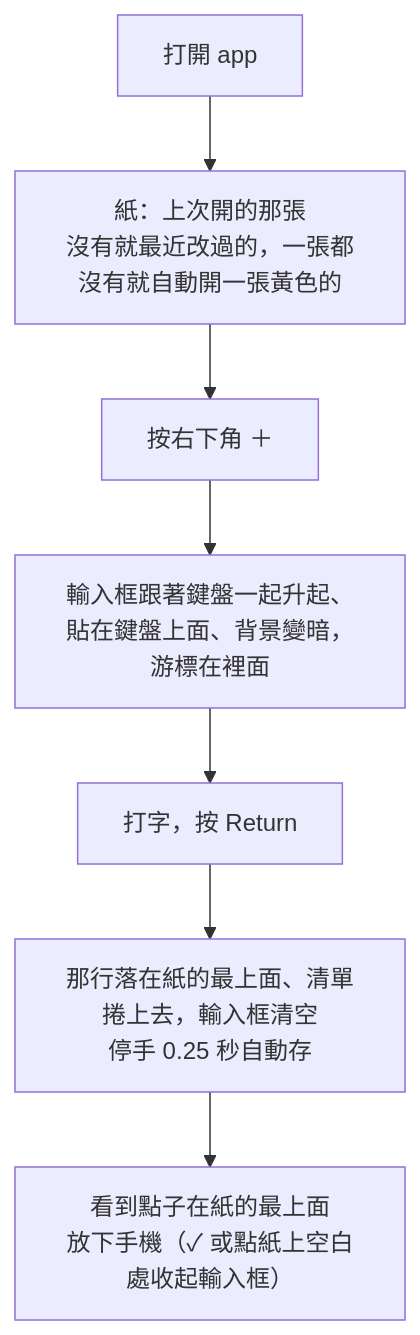
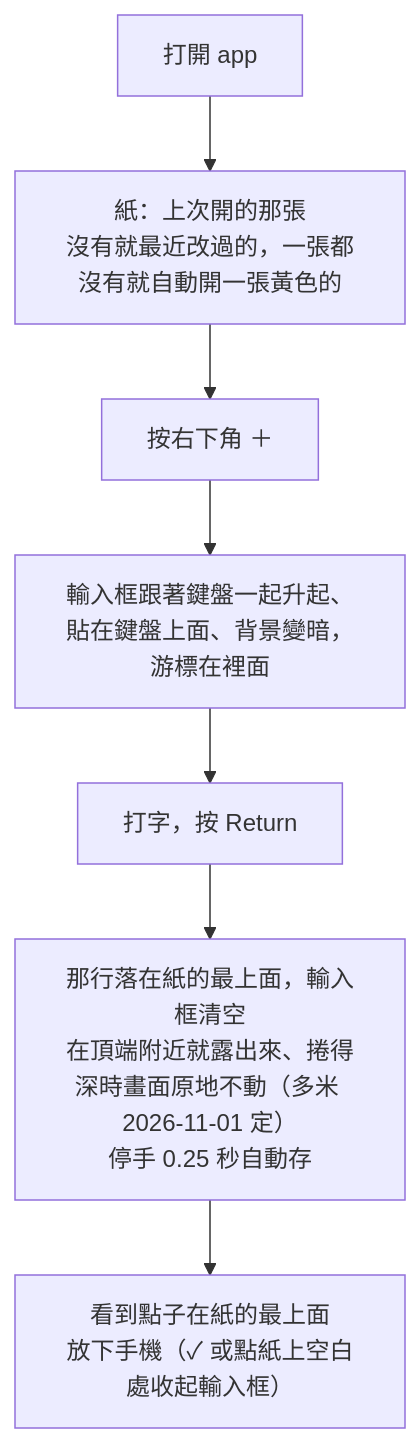
The first of 7 diagrams in .uiux/02-流程-暫定.md (domyweb666/qieji-app), drawn with Mermaid before and after one commit. The commit also changed 12 other files, not shown here.

````diff
--- a/.uiux/02-流程-暫定.md
+++ b/.uiux/02-流程-暫定.md
@@ -43,9 +43,9 @@
 ```mermaid
 flowchart TD
   A[打開 app] --> B[紙：上次開的那張<br>沒有就最近改過的，一張都沒有就自動開一張黃色的]
   B --> C[按右下角 ＋]
   C --> D[輸入框跟著鍵盤一起升起、貼在鍵盤上面、背景變暗，游標在裡面]
   D --> E[打字，按 Return]
-  E --> F[那行落在紙的最上面、清單捲上去，輸入框清空<br>停手 0.25 秒自動存]
+  E --> F[那行落在紙的最上面，輸入框清空<br>在頂端附近就露出來、捲得深時畫面原地不動（多米 2026-11-01 定）<br>停手 0.25 秒自動存]
   F --> G[看到點子在紙的最上面<br>放下手機（✓ 或點紙上空白處收起輸入框）]
 ```
````
